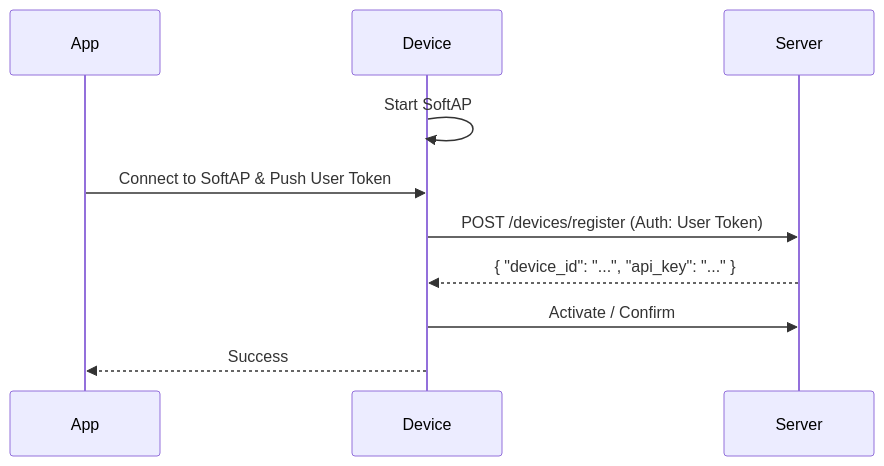
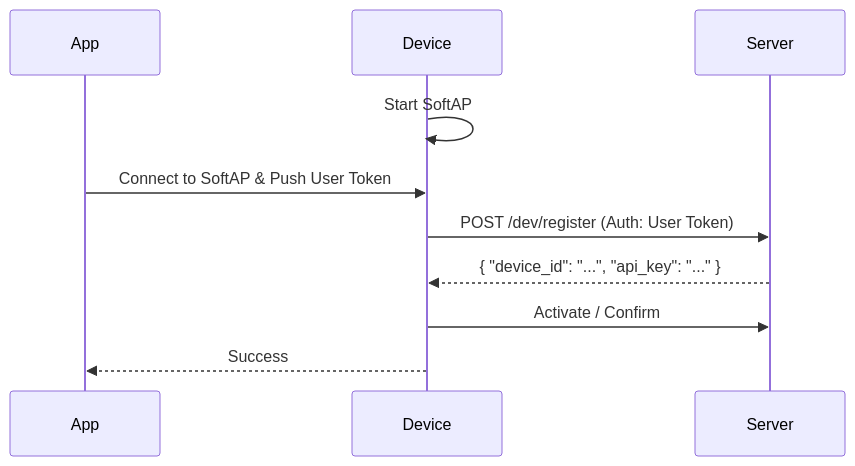
The third of 3 diagrams in docs/guides/REGISTRATION.md (tevfik/datum-server), drawn with Mermaid before and after one commit. The commit also changed other lines of this file and 61 other files, not shown here.

````diff
--- a/docs/guides/REGISTRATION.md
+++ b/docs/guides/REGISTRATION.md
@@ -181,13 +181,13 @@
 ```mermaid
 sequenceDiagram
     participant App
     participant Device
     participant Server
 
     Device->>Device: Start SoftAP
     App->>Device: Connect to SoftAP & Push User Token
-    Device->>Server: POST /devices/register (Auth: User Token)
+    Device->>Server: POST /dev/register (Auth: User Token)
     Server-->>Device: { "device_id": "...", "api_key": "..." }
     Device->>Server: Activate / Confirm
     Device-->>App: Success
 ```
````
